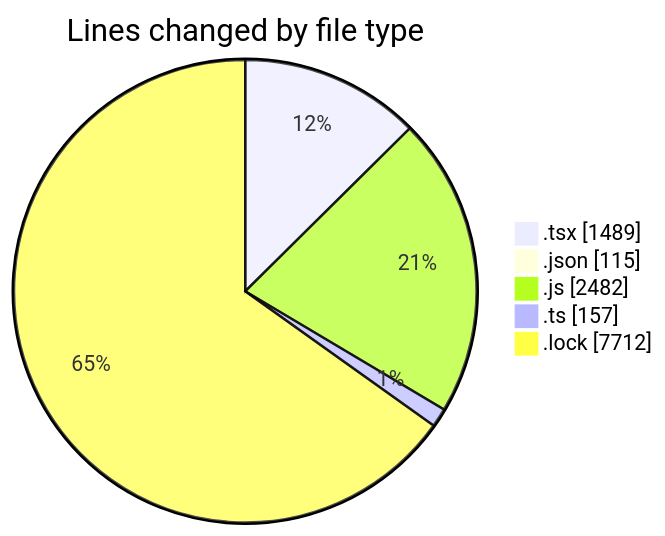
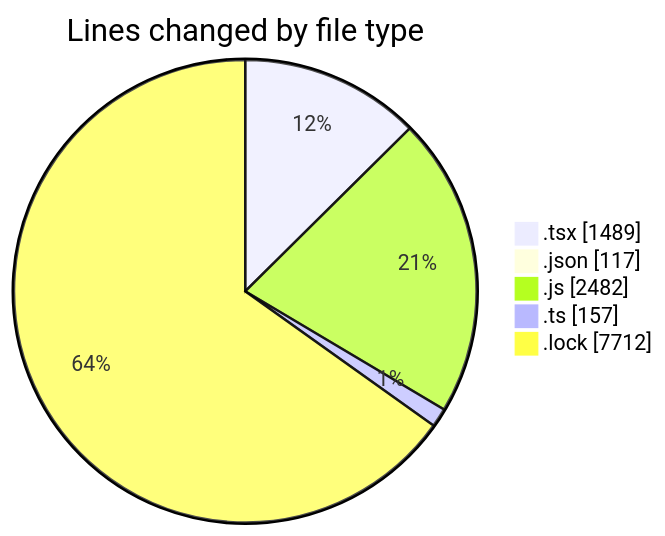
Before and after one commit to momahboobian/code-tracking: the first of 2 diagrams in 2025-04-28/cda/README.md, drawn with Mermaid. The commit also changed other lines of this file and 1 other file, not shown here.

````diff
--- a/2025-04-28/cda/README.md
+++ b/2025-04-28/cda/README.md
@@ -32,9 +32,9 @@
 ```mermaid
 pie showData
 title Lines changed by file type
 ".tsx" : 1489
-".json" : 115
+".json" : 117
 ".js" : 2482
 ".ts" : 157
 ".lock" : 7712
 ```
````
